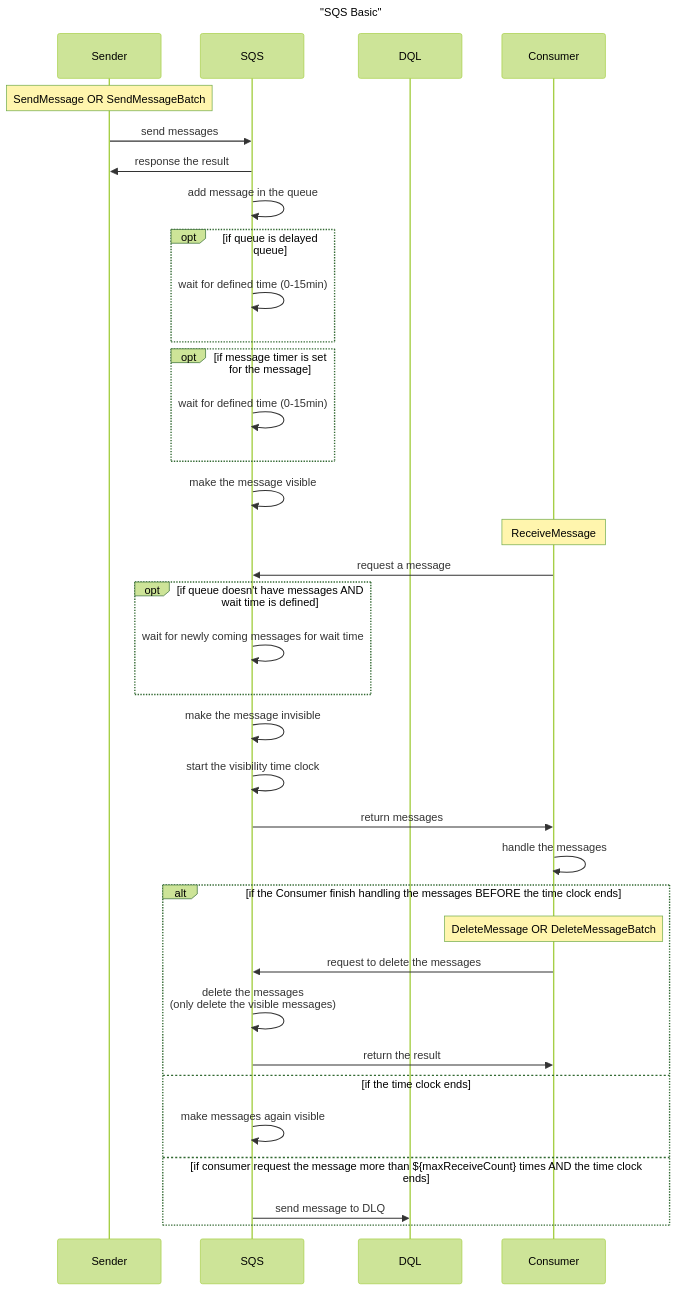
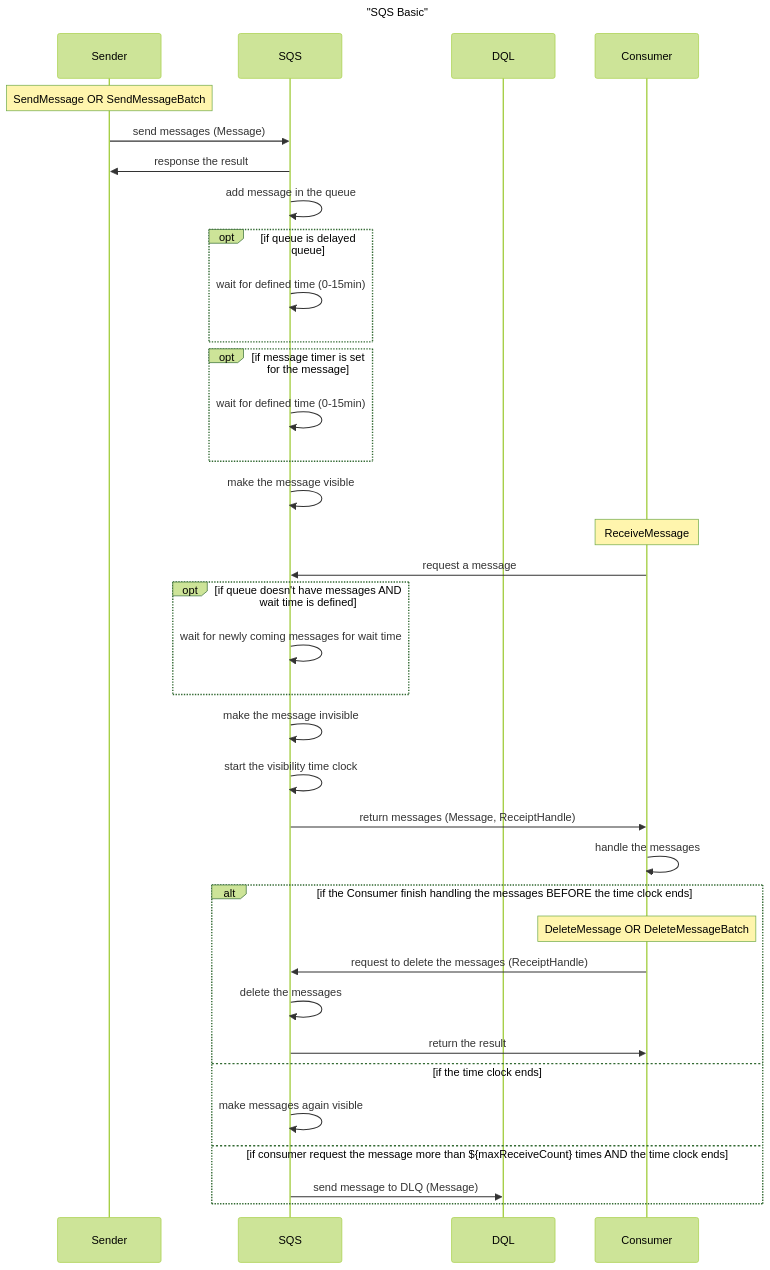
The diagram in sqs.mermaid (maclt/sequence-diagram), drawn with Mermaid (forest theme) before and after one commit.

```diff
--- a/sqs.mermaid
+++ b/sqs.mermaid
@@ -1,39 +1,39 @@
 sequenceDiagram
 title "SQS Basic"
 
 participant Sender
 participant SQS
 participant DQL
 participant Consumer
     Note over Sender: SendMessage OR SendMessageBatch
-    Sender ->> SQS : send messages
+    Sender ->> SQS : send messages (Message)
     SQS ->> Sender: response the result
     SQS ->> SQS: add message in the queue
     opt if queue is delayed queue
         SQS ->> SQS: wait for defined time (0-15min)
     end
     opt if message timer is set for the message
         SQS ->> SQS: wait for defined time (0-15min)
     end
     %% If both the queue-level delay and the message-level timer are used, the delays are additive. <br/> The max delay in total is 15 min.
     SQS ->> SQS: make the message visible
     Note over Consumer: ReceiveMessage
     Consumer ->> SQS: request a message
     opt if queue doesn't have messages AND wait time is defined
         %%  SQS: wait time setting is for long polling
         SQS ->> SQS: wait for newly coming messages for wait time
     end
     SQS ->> SQS: make the message invisible
     SQS ->> SQS: start the visibility time clock
-    SQS ->> Consumer: return messages
+    SQS ->> Consumer: return messages (Message, ReceiptHandle)
     Consumer ->> Consumer: handle the messages
     alt if the Consumer finish handling the messages BEFORE the time clock ends
         Note over Consumer: DeleteMessage OR DeleteMessageBatch
-        Consumer ->> SQS: request to delete the messages
-        SQS ->> SQS: delete the messages<br/>(only delete the visible messages)
+        Consumer ->> SQS: request to delete the messages (ReceiptHandle)
+        SQS ->> SQS: delete the messages
         SQS ->> Consumer: return the result
     else if the time clock ends
         SQS ->> SQS: make messages again visible
     else if consumer request the message more than ${maxReceiveCount} times AND the time clock ends
-        SQS ->> DQL: send message to DLQ
+        SQS ->> DQL: send message to DLQ (Message)
     end
```
